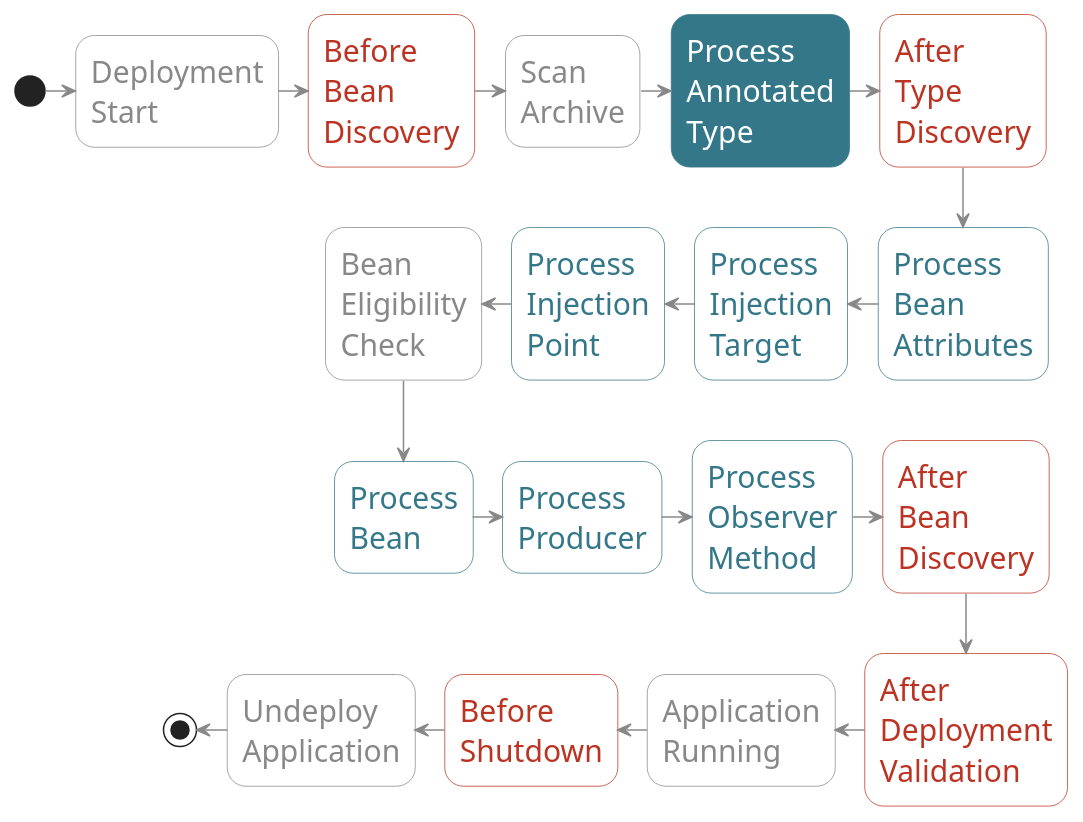
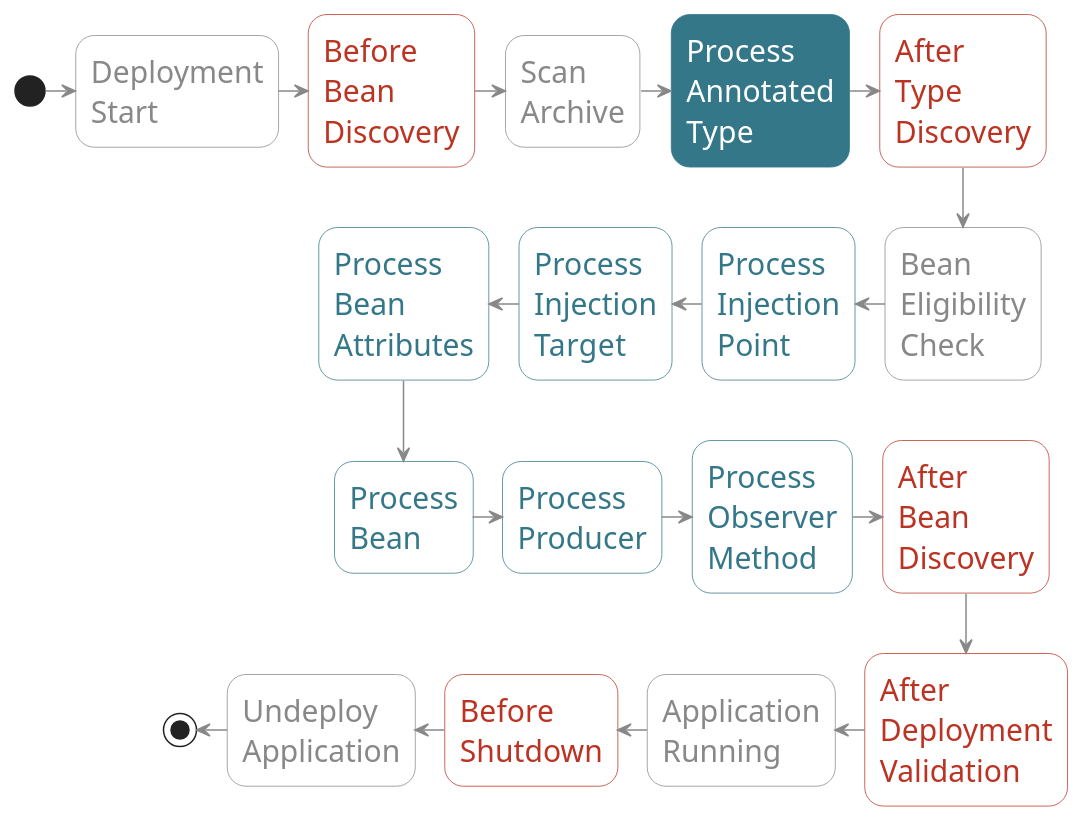
The diagram in parts/metrics.adoc (astefanutti/further-cdi), drawn with PlantUML before and after one commit. The commit also changed 2 other files, not shown here.

Commit message:
Lifecycle schema correction in all occurences

```diff
--- a/parts/metrics.adoc
+++ b/parts/metrics.adoc
@@ -116,50 +116,50 @@
 [plantuml, "lifecycle-pat", "svg", height="85%", width="95%"]
 ----
 @startuml
 
 skinparam shadowing false
 skinparam backgroundColor transparent
 skinparam defaultFontName Consolas
 
 skinparam activity {
   FontSize 20
   FontName Consolas
   FontColor #337788
   ArrowColor #888888
   BorderColor #337788
   BackgroundColor #white
 
   FontColor<< Internal >> #888888
   BorderColor<< Internal >> #888888
   BackgroundColor<< Internal >> #white
 
   FontColor<< Once >> #BB3322
   BorderColor<< Once >> #BB3322
   BackgroundColor<< Once >> #white
 
   FontColor<< Highlight >> white
   BorderColor<< Highlight >> #337788
   BackgroundColor<< Highlight >> #337788
 }
 
 (*) -right-> "Deployment\nStart" << Internal >>
 -right-> "Before\nBean\nDiscovery" << Once >>
 -right-> "Scan\nArchive" << Internal >>
--right-> "Process\nAnnotated\nType" << Highlight >>
+-right-> "Process\nAnnotated\nType" <<Highlight>>
 -right-> "After\nType\nDiscovery" << Once >>
--down-> "Process\nBean\nAttributes"
+-down-> "Bean\nEligibility\nCheck" << Internal >>
+-left-> "Process\nInjection\nPoint"
 -left-> "Process\nInjection\nTarget"
--left-> "Process\nInjection\nPoint"
--left-> "Bean\nEligibility\nCheck" << Internal >>
+-left-> "Process\nBean\nAttributes"
 -down-> "Process\nBean"
 -right-> "Process\nProducer"
 -right-> "Process\nObserver\nMethod"
--right-> "After\nBean\nDiscovery"  << Once >>
+-right-> "After\nBean\nDiscovery" << Once >>
 -down-> "After\nDeployment\nValidation" << Once >>
 -left-> "Application\nRunning" << Internal >>
 -left-> "Before\nShutdown" << Once >>
 -left-> "Undeploy\nApplication" << Internal >>
 -left-> (*)
 
 @enduml
 ----
```
